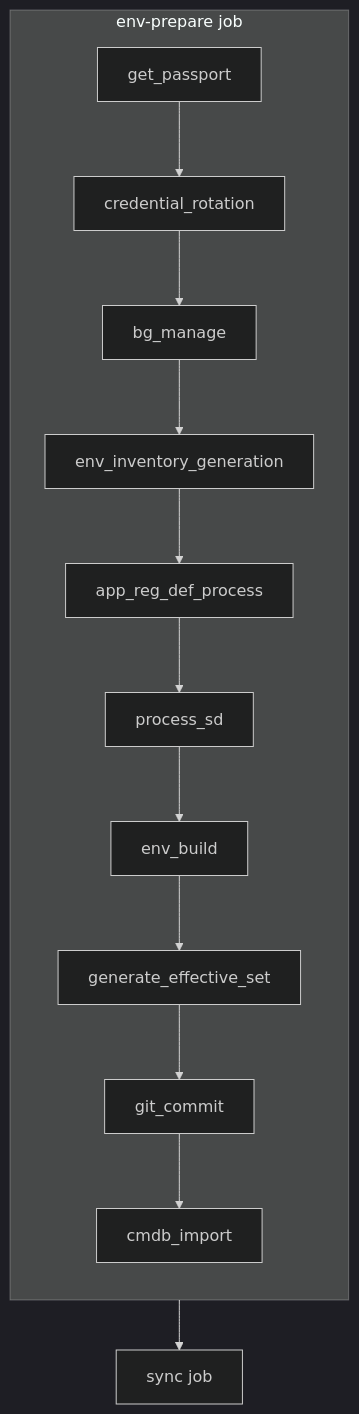
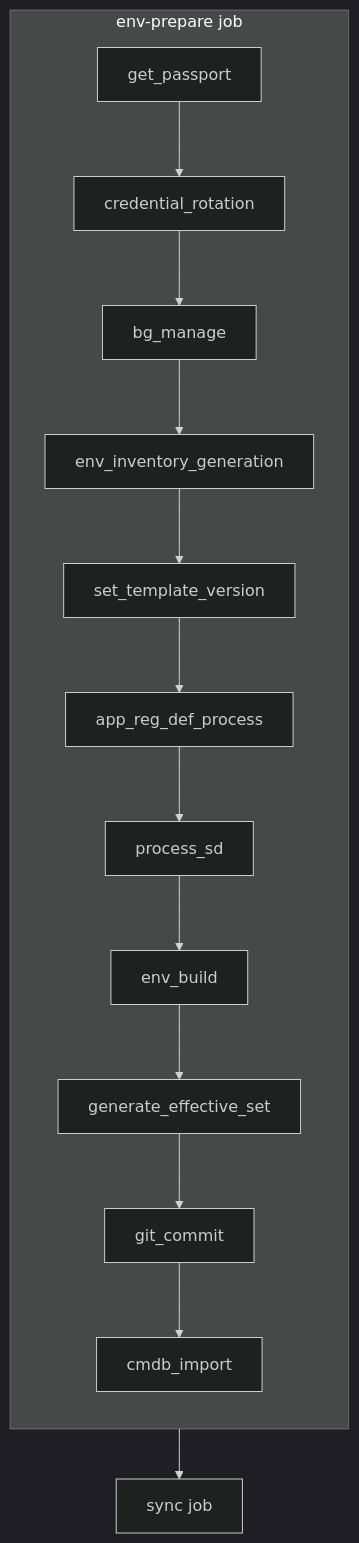
One commit to Netcracker/qubership-envgene changed the diagram in docs/envgene-pipelines.md. Above: the diagram before and after it, drawn with Mermaid (dark theme). The commit also changed other lines of this file and 3 other files, not shown here.

First line of the commit message:
docs: TEMPORARY template version mode applies the version to the run only

````diff
--- a/docs/envgene-pipelines.md
+++ b/docs/envgene-pipelines.md
@@ -30,16 +30,17 @@
 ```mermaid
 flowchart TB
     subgraph env_prepare["env-prepare job"]
         direction TB
         A[get_passport] --> B[credential_rotation]
         B --> C[bg_manage]
         C --> D[env_inventory_generation]
-        D --> E[app_reg_def_process]
+        D --> SV[set_template_version]
+        SV --> E[app_reg_def_process]
         E --> F[process_sd]
         F --> G[env_build]
         G --> H[generate_effective_set]
         H --> I[git_commit]
         I --> J[cmdb_import]
     end
     env_prepare --> sync["sync job"]
 ```
````
